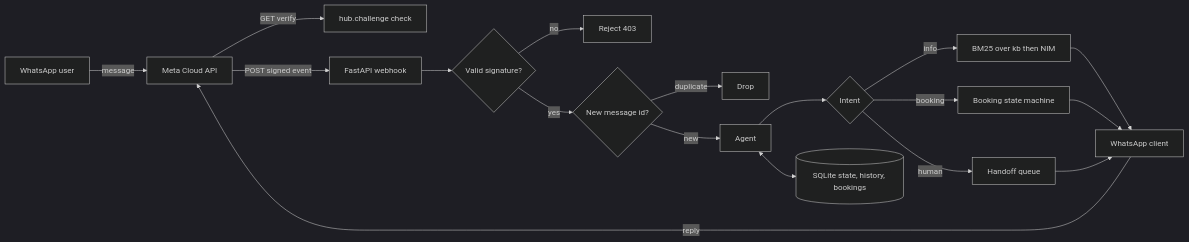
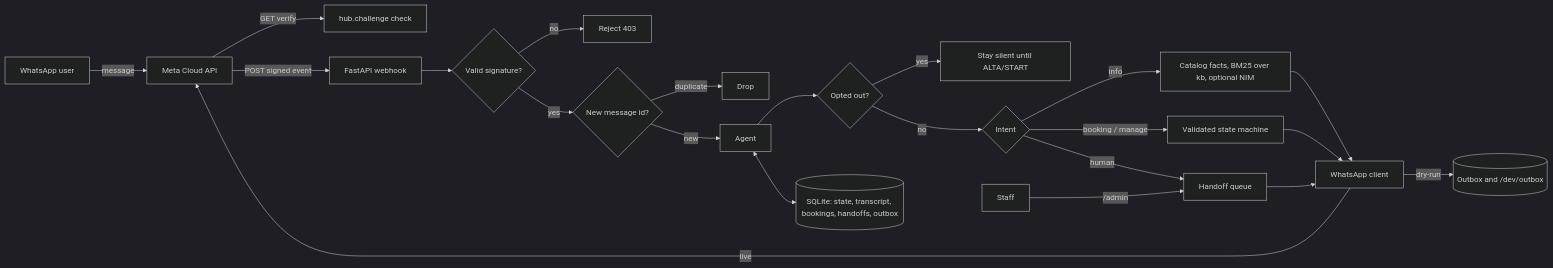
Before and after one commit to AleBrito124356/whatsapp-ai-agent: the first of 2 diagrams in README.md, drawn with Mermaid (dark theme). The commit also changed other lines of this file and 5 other files, not shown here.

````diff
--- a/README.md
+++ b/README.md
@@ -32,20 +82,24 @@
 ```mermaid
 flowchart LR
     U[WhatsApp user] -->|message| Meta[Meta Cloud API]
     Meta -->|GET verify| V[hub.challenge check]
     Meta -->|POST signed event| WH[FastAPI webhook]
     WH --> SIG{Valid signature?}
     SIG -->|no| R403[Reject 403]
     SIG -->|yes| DEDUP{New message id?}
     DEDUP -->|duplicate| DROP[Drop]
     DEDUP -->|new| AG[Agent]
-    AG --> ROUTE{Intent}
-    ROUTE -->|info| RAG[BM25 over kb then NIM]
-    ROUTE -->|booking| SM[Booking state machine]
+    AG --> OPT{Opted out?}
+    OPT -->|yes| SILENT[Stay silent until ALTA/START]
+    OPT -->|no| ROUTE{Intent}
+    ROUTE -->|info| FAQ[Catalog facts, BM25 over kb, optional NIM]
+    ROUTE -->|booking / manage| SM[Validated state machine]
     ROUTE -->|human| HO[Handoff queue]
-    RAG --> WA[WhatsApp client]
+    STAFF[Staff] -->|/admin| HO
+    FAQ --> WA[WhatsApp client]
     SM --> WA
     HO --> WA
-    AG <--> DB[(SQLite state, history, bookings)]
-    WA -->|reply| Meta
+    AG <--> DB[(SQLite: state, transcript, bookings, handoffs, outbox)]
+    WA -->|live| Meta
+    WA -->|dry-run| OUT[(Outbox and /dev/outbox)]
 ```
````
